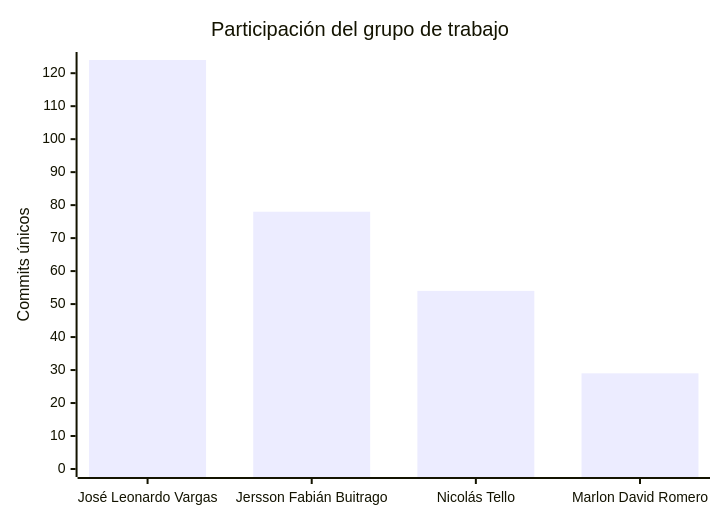
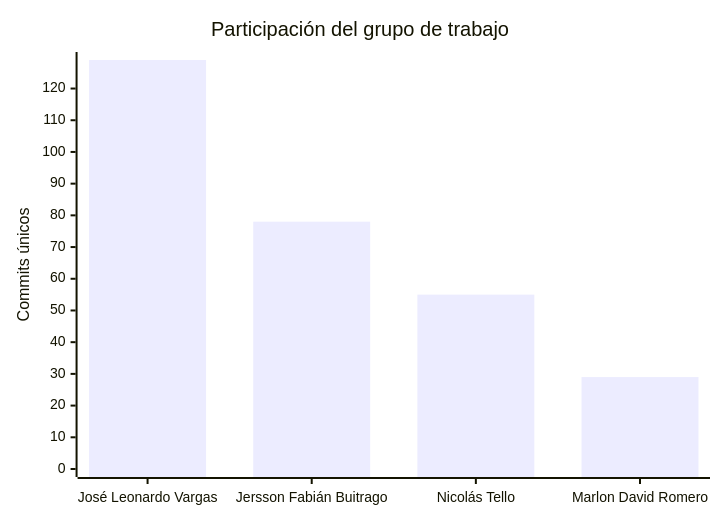
One commit to FarmaExpres/FarmaExpres changed the second of 2 diagrams in README.md. Above: the diagram before and after it, drawn with Mermaid. The commit also changed other lines of this file and 1 other file, not shown here.

````diff
--- a/README.md
+++ b/README.md
@@ -401,7 +401,7 @@
 ```mermaid
 xychart-beta
     title "Participación del grupo de trabajo"
     x-axis ["José Leonardo Vargas", "Jersson Fabián Buitrago", "Nicolás Tello", "Marlon David Romero"]
-    y-axis "Commits únicos" 0 --> 124
-    bar [124, 78, 54, 29]
+    y-axis "Commits únicos" 0 --> 129
+    bar [129, 78, 55, 29]
 ```
````
